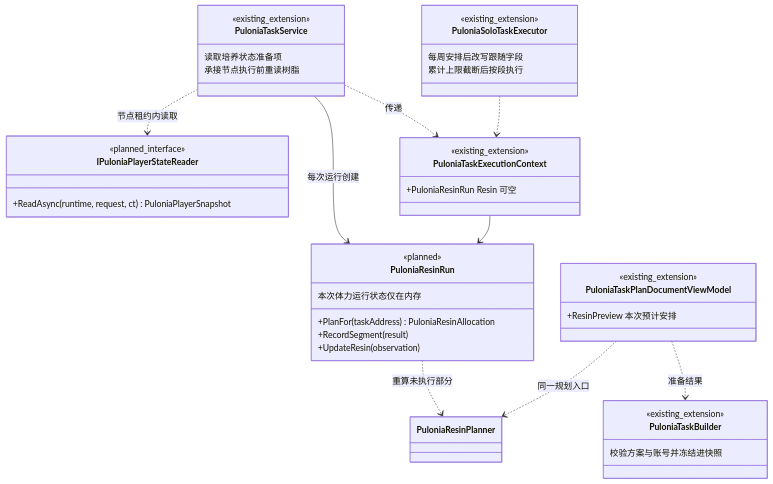
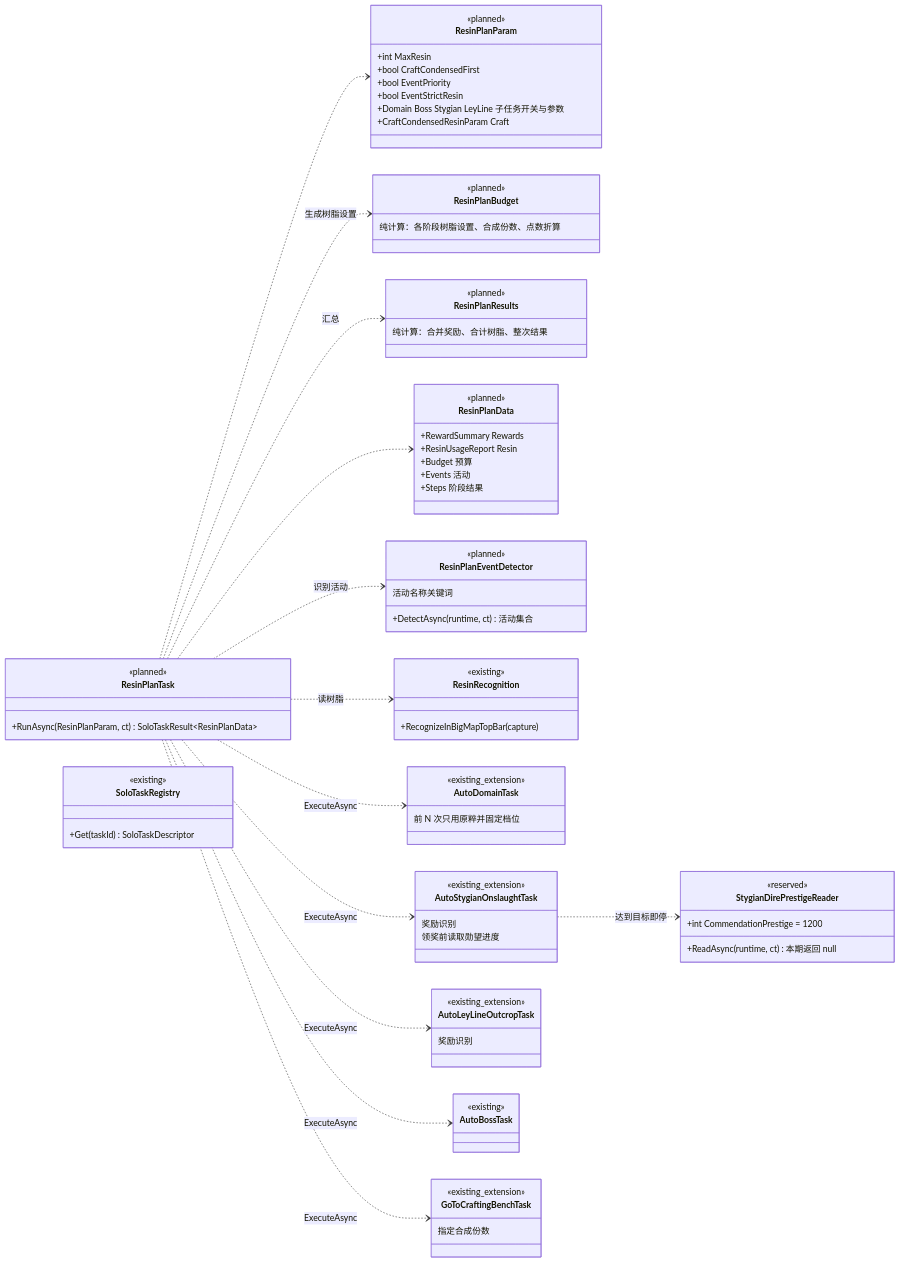
One commit to babalae/better-genshin-impact changed the second of 2 diagrams in Docs/design/pulonia/proposals/resin-plan.md. Above: the diagram before and after it, drawn with Mermaid. The commit also changed other lines of this file and 44 other files, not shown here.

First line of the commit message:
feat(resin-plan): 新增体力计划独立任务（步骤 11.1）

````diff
--- a/Docs/design/pulonia/proposals/resin-plan.md
+++ b/Docs/design/pulonia/proposals/resin-plan.md
@@ -421,45 +318,83 @@
 ```mermaid
 classDiagram
-    direction TB
-    class PuloniaTaskService {
+    direction LR
+    class ResinPlanTask {
+        <<planned>>
+        +RunAsync(ResinPlanParam, ct) SoloTaskResult~ResinPlanData~
+    }
+    class ResinPlanParam {
+        <<planned>>
+        +int MaxResin
+        +bool CraftCondensedFirst
+        +bool EventPriority
+        +bool EventStrictResin
+        +Domain Boss Stygian LeyLine 子任务开关与参数
+        +CraftCondensedResinParam Craft
+    }
+    class ResinPlanBudget {
+        <<planned>>
+        纯计算：各阶段树脂设置、合成份数、点数折算
+    }
+    class ResinPlanResults {
+        <<planned>>
+        纯计算：合并奖励、合计树脂、整次结果
+    }
+    class ResinPlanData {
+        <<planned>>
+        +RewardSummary Rewards
+        +ResinUsageReport Resin
+        +Budget 预算
+        +Events 活动
+        +Steps 阶段结果
+    }
+    class ResinPlanEventDetector {
+        <<planned>>
+        +DetectAsync(runtime, ct) 活动集合
+        活动名称关键词
+    }
+    class StygianDirePrestigeReader {
+        <<reserved>>
+        +int CommendationPrestige = 1200
+        +ReadAsync(runtime, ct) 本期返回 null
+    }
+    class SoloTaskRegistry {
+        <<existing>>
+        +Get(taskId) SoloTaskDescriptor
+    }
+    class ResinRecognition {
+        <<existing>>
+        +RecognizeInBigMapTopBar(capture)
+    }
+    class AutoDomainTask {
         <<existing_extension>>
-        读取培养状态准备项
-        承接节点执行前重读树脂
+        前 N 次只用原粹并固定档位
     }
-    class PuloniaTaskBuilder {
+    class AutoStygianOnslaughtTask {
         <<existing_extension>>
-        校验方案与账号并冻结进快照
+        奖励识别
+        领奖前读取勋望进度
     }
-    class IPuloniaPlayerStateReader {
-        <<planned_interface>>
-        +ReadAsync(runtime, request, ct) PuloniaPlayerSnapshot
+    class AutoLeyLineOutcropTask {
+        <<existing_extension>>
+        奖励识别
     }
-    class PuloniaResinRun {
-        <<planned>>
-        本次体力运行状态仅在内存
-        +PlanFor(taskAddress) PuloniaResinAllocation
-        +RecordSegment(result)
-        +UpdateResin(observation)
+    class AutoBossTask {
+        <<existing>>
     }
-    class PuloniaTaskExecutionContext {
+    class GoToCraftingBenchTask {
         <<existing_extension>>
-        +PuloniaResinRun Resin 可空
+        指定合成份数
     }
-    class PuloniaSoloTaskExecutor {
-        <<existing_extension>>
-        每周安排后改写跟随字段
-        累计上限截断后按段执行
-    }
-    class PuloniaTaskPlanDocumentViewModel {
-        <<existing_extension>>
-        +ResinPreview 本次预计安排
-    }
-    PuloniaTaskService ..> IPuloniaPlayerStateReader : 节点租约内读取
-    PuloniaTaskService --> PuloniaResinRun : 每次运行创建
-    PuloniaTaskService ..> PuloniaTaskExecutionContext : 传递
-    PuloniaTaskExecutionContext --> PuloniaResinRun
-    PuloniaResinRun ..> PuloniaResinPlanner : 重算未执行部分
-    PuloniaSoloTaskExecutor ..> PuloniaTaskExecutionContext
-    PuloniaTaskPlanDocumentViewModel ..> PuloniaTaskBuilder : 准备结果
-    PuloniaTaskPlanDocumentViewModel ..> PuloniaResinPlanner : 同一规划入口
+    ResinPlanTask ..> ResinPlanParam
+    ResinPlanTask ..> ResinPlanData
+    ResinPlanTask ..> ResinRecognition : 读树脂
+    ResinPlanTask ..> ResinPlanEventDetector : 识别活动
+    ResinPlanTask ..> ResinPlanBudget : 生成树脂设置
+    ResinPlanTask ..> ResinPlanResults : 汇总
+    ResinPlanTask ..> AutoDomainTask : ExecuteAsync
+    ResinPlanTask ..> AutoBossTask : ExecuteAsync
+    ResinPlanTask ..> AutoStygianOnslaughtTask : ExecuteAsync
+    ResinPlanTask ..> AutoLeyLineOutcropTask : ExecuteAsync
+    ResinPlanTask ..> GoToCraftingBenchTask : ExecuteAsync
+    AutoStygianOnslaughtTask ..> StygianDirePrestigeReader : 达到目标即停
 ```
````
